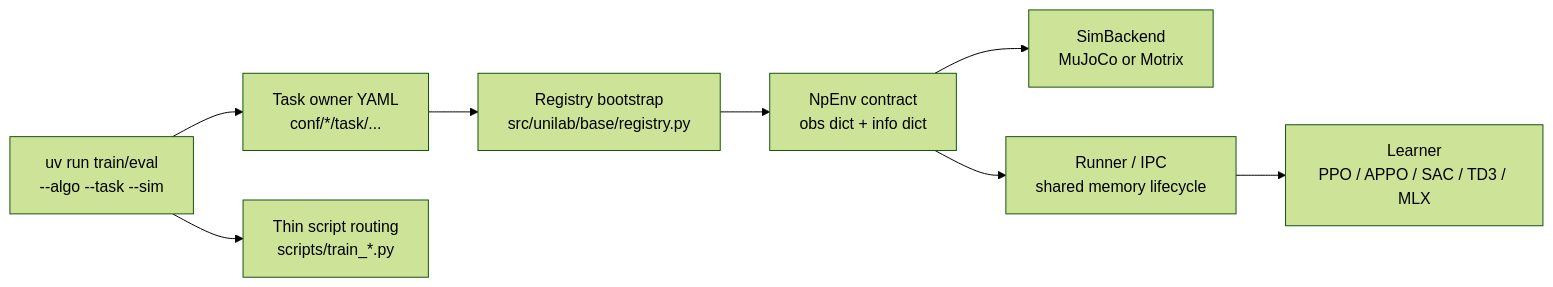
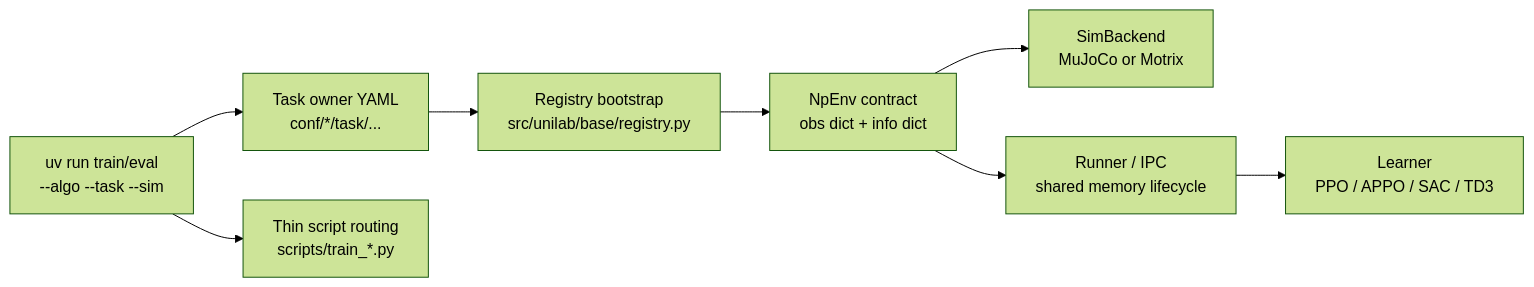
Before and after one commit to Motphys/UniLab: the diagram in docs/sphinx/source/en/0-index.md, drawn with Mermaid (forest theme). The commit also changed other lines of this file and 81 other files, not shown here.

````diff
--- a/docs/sphinx/source/en/0-index.md
+++ b/docs/sphinx/source/en/0-index.md
@@ -126,10 +126,10 @@
 ```{mermaid}
 flowchart LR
   cli["uv run train/eval<br/>--algo --task --sim"] --> owner["Task owner YAML<br/>conf/*/task/..."]
   cli --> script["Thin script routing<br/>scripts/train_*.py"]
   owner --> registry["Registry bootstrap<br/>src/unilab/base/registry.py"]
   registry --> env["NpEnv contract<br/>obs dict + info dict"]
   env --> backend["SimBackend<br/>MuJoCo or Motrix"]
   env --> runtime["Runner / IPC<br/>shared memory lifecycle"]
-  runtime --> learner["Learner<br/>PPO / APPO / SAC / TD3 / MLX"]
+  runtime --> learner["Learner<br/>PPO / APPO / SAC / TD3"]
 ```
````
